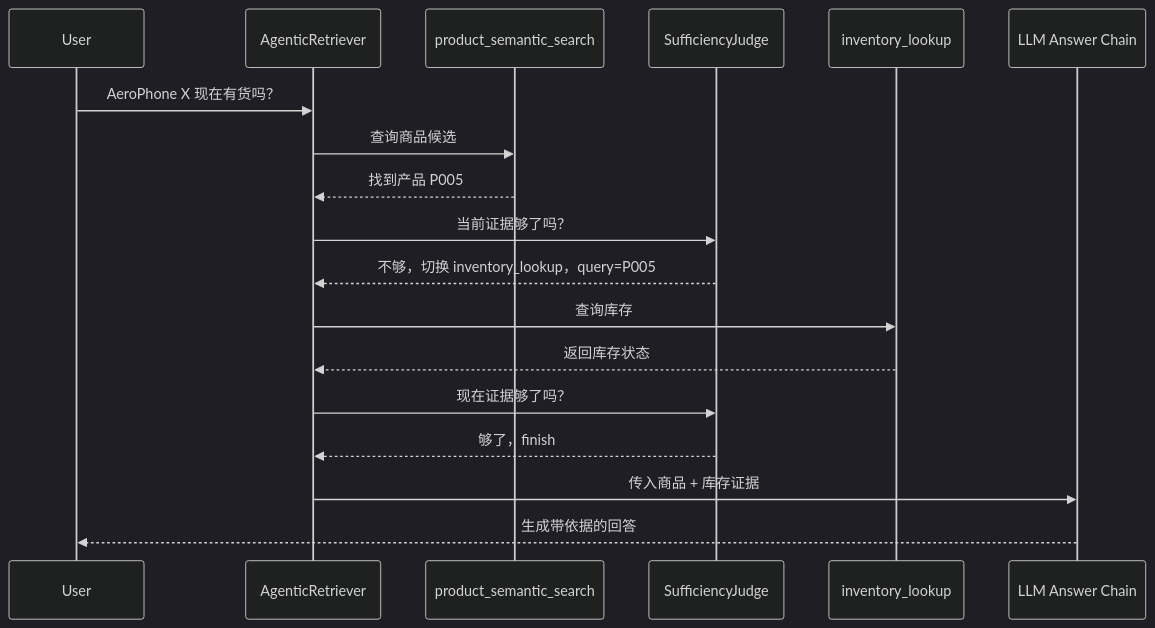
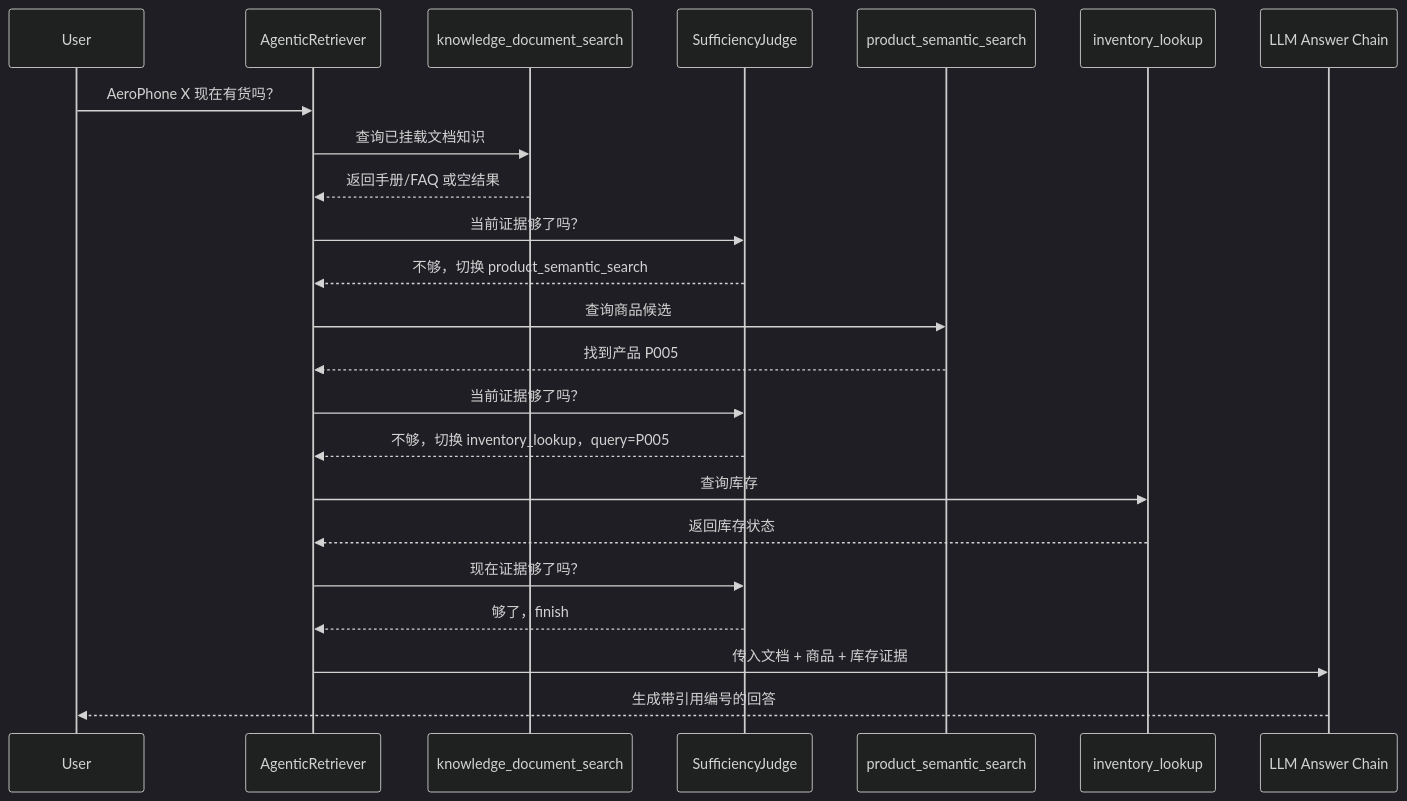
Before and after one commit to John-zzy/Agentic-RAG-Project: the third of 3 diagrams in docs/agentic_rag.md, drawn with Mermaid (dark theme). The commit also changed other lines of this file, not shown here.

````diff
--- a/docs/agentic_rag.md
+++ b/docs/agentic_rag.md
@@ -215,21 +229,26 @@
 ```mermaid
 sequenceDiagram
     participant U as User
     participant R as AgenticRetriever
+    participant D as knowledge_document_search
+    participant J as SufficiencyJudge
     participant P as product_semantic_search
-    participant J as SufficiencyJudge
     participant I as inventory_lookup
     participant L as LLM Answer Chain
 
     U->>R: AeroPhone X 现在有货吗？
+    R->>D: 查询已挂载文档知识
+    D-->>R: 返回手册/FAQ 或空结果
+    R->>J: 当前证据够了吗？
+    J-->>R: 不够，切换 product_semantic_search
     R->>P: 查询商品候选
     P-->>R: 找到产品 P005
     R->>J: 当前证据够了吗？
     J-->>R: 不够，切换 inventory_lookup，query=P005
     R->>I: 查询库存
     I-->>R: 返回库存状态
     R->>J: 现在证据够了吗？
     J-->>R: 够了，finish
-    R->>L: 传入商品 + 库存证据
-    L-->>U: 生成带依据的回答
+    R->>L: 传入文档 + 商品 + 库存证据
+    L-->>U: 生成带引用编号的回答
 ```
````
